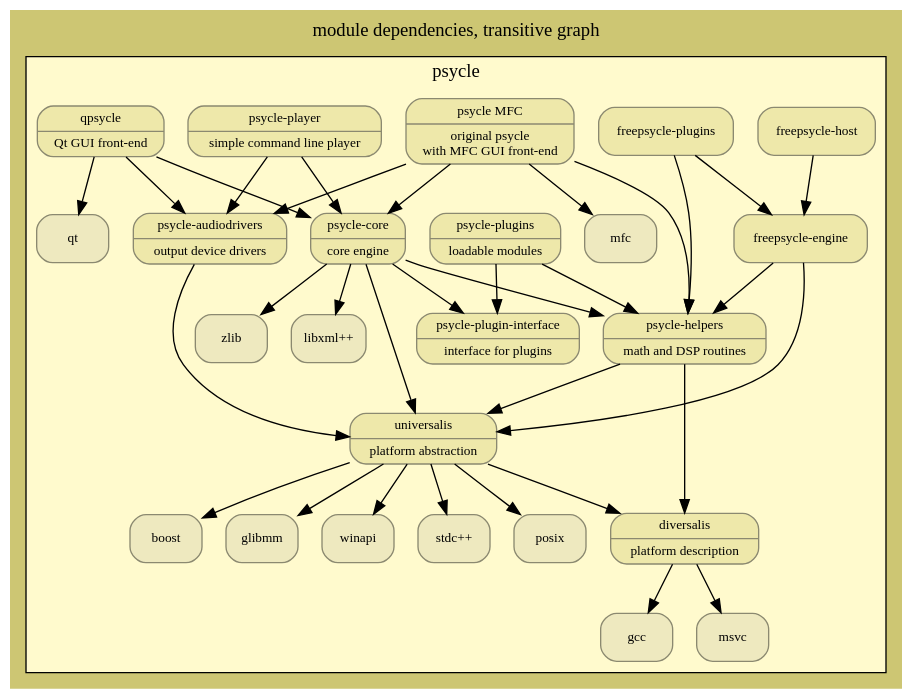
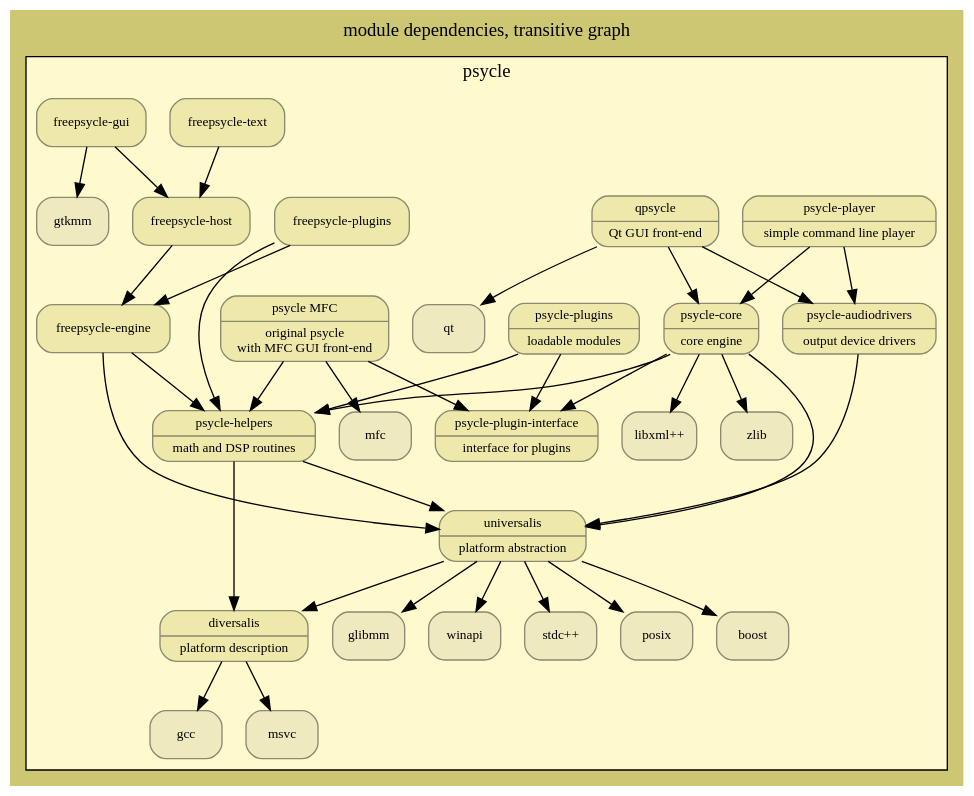
One commit to jpaquim/psycle changed the diagram in dependencies.dot. Above: the diagram before and after it, drawn with Graphviz. The commit also changed 1834 other files, not shown here.

```diff
--- a/dependencies.dot
+++ b/dependencies.dot
@@ -1,145 +1,146 @@
 // generate the .png image file with: dot dependencies.dot -Tpng > dependencies.png
 digraph dependencies {
 	label = "module dependencies, transitive graph"
 	//rankdir = TB
 	//rankdir = LR
 	labelloc = t
 	fontname = verdana
 	fontsize = 14
 	bgcolor = khaki3
 	//concentrate = true // line concentrations
 	ratio = auto
 	node [
 		shape = Mrecord
 		style = rounded
 		color = lemonchiffon4
 		fillcolor = lemonchiffon1
 		fontname = verdana
 		fontsize = 10
 	]
 	
 	subgraph cluster_psycle {
 		label = "psycle"
 		bgcolor = lemonchiffon1
 		
 		node [ style = filled fillcolor = lemonchiffon2 ]
 		"stdc++"// [ label = "{ stdc++ | standard C++ library }" ];
 		//"stdc";
 		"posix";// [ label = "{ POSIX | Portable OS Interface }"];
 		"boost";// [ label = "{ boost | boost libraries }" ];
 		//"libsigc++";// [ label = "{ libsigc++ | signals and slots }" ];
 		"glibmm";// [ label = "{ glibmm | platform abstraction }" ];
 		//"gdkmm" [ label = "{ gdkmm | GUI Drawing Kit }" ];
-		//"gtkmm";// [ label = "{ gtkmm | GUI Tool Kit }" ];
+		"gtkmm";// [ label = "{ gtkmm | GUI Tool Kit }" ];
 		//"cairomm";
 		//"gnomecanvasmm";// [ label = "{ gnomecanvasmm | GNOME's canvas }" ];
 		//"pangomm";
 		//"atkmm";
 		"qt";// [ label = "{ Qt | Trolltech's libraries }"];
 		"libxml++";// [ label = "{ libXML++ | XML parsing }"];
 		"zlib";// [ label = "{ zlib | (de)compression }"];
 		"winapi";// [ label = "{ WinAPI | Microsoft's API }"];
 		"mfc";// [ label = "{ MFC | Microsoft's Foundation Classes }" ];
 		"gcc";// [ label = "{GCC | GNU C++ Compiler }" ];
 		"msvc";// [ label = "{ MSVC | Microsoft's Visual C++ compiler }" ];
 
 		//"boost" -> "stdc++";
 		//"glibmm" -> "stdc++";
 		//"glibmm" -> "glib";
 		//"glib" -> "stdc";
 		//"glibmm" -> "libsigc++";
 		//"gdkmm" -> "glibmm";
 		//"gdkmm" -> "stdc++";
 		//"gdkmm" -> "gdk";
 		//"gdk" -> "stdc";
 		//"gdkmm" -> "cairomm";
 		//"gtkmm" -> "pangomm";
 		//"gtkmm" -> "atkmm";
 		//"gtkmm" -> "gdkmm";
 		//"gtkmm" -> "glibmm";
 		//"gtkmm" -> "stdc++";
 		//"gtkmm" -> "gtk";
 		//"gtk" -> "stdc";
 		//"gnomecanvasmm" -> "gtkmm";
 		//"gnomecanvasmm" -> "stdc++";
 		//"gnomecanvasmm" -> "gnomecanvas";
 		//"gnomecanvas" -> "stdc";
 		//"qt" -> "stdc++";
 		//"libxml++" -> "stdc++";
 		//"zlib" -> "stdc";
 		//"mfc" -> "msvc";
 		
 		node [ style = filled fillcolor = palegoldenrod ]
 
 		"diversalis" [ label = "{ diversalis | platform description }" ];
 		"diversalis" -> "gcc";
 		"diversalis" -> "msvc";
 		
 		"universalis" [ label = "{ universalis | platform abstraction }" ];
 		"universalis" -> "diversalis";
 		"universalis" -> "boost";
 		"universalis" -> "glibmm";
 		"universalis" -> "posix";
 		"universalis" -> "stdc++";
 		"universalis" -> "winapi";
 		
 		"psycle-helpers" [ label = "{ psycle-helpers | math and DSP routines }" ];
 		"psycle-helpers" -> "universalis";
 		"psycle-helpers" -> "diversalis";
 	
 		"psycle-plugin-interface" [label = "{psycle-plugin-interface | interface for plugins }"];
 	
 		"psycle-core" [ label = "{ psycle-core | core engine }" ];
 		"psycle-core" -> "psycle-plugin-interface";
 		"psycle-core" -> "psycle-helpers";
 		"psycle-core" -> "universalis";
 		//"psycle-core" -> "boost";
 		"psycle-core" -> "zlib";
 		"psycle-core" -> "libxml++";
 	
 		"psycle-audiodrivers" [ label = "{ psycle-audiodrivers | output device drivers }"];
 		"psycle-audiodrivers" -> "universalis";
 		//"psycle-audiodrivers" -> "boost";
 	
 		"psycle-player" [ label = "{ psycle-player | simple command line player }"];
 		"psycle-player" -> "psycle-core";
 		"psycle-player" -> "psycle-audiodrivers";
 		//"psycle-player" -> "libxml++";
 	
 		"psycle-plugins" [ label = "{ psycle-plugins | loadable modules }"];
 		"psycle-plugins" -> "psycle-plugin-interface";
 		"psycle-plugins" -> "psycle-helpers";
 
 		"qpsycle" [ label = "{ qpsycle | Qt GUI front-end }" ];
 		"qpsycle" -> "qt";
 		"qpsycle" -> "psycle-core";
 		"qpsycle" -> "psycle-audiodrivers";
 		//"qpsycle" -> "universalis";
 		//"qpsycle" -> "boost";
 
 		"psycle-mfc" [ label = "{ psycle MFC | original psycle\nwith MFC GUI front-end }" ];
 		"psycle-mfc" -> "mfc";
-		"psycle-mfc" -> "psycle-core";
-		"psycle-mfc" -> "psycle-audiodrivers";
+		"psycle-mfc" -> "psycle-plugin-interface";
 		"psycle-mfc" -> "psycle-helpers";
 		//"psycle-mfc" -> "universalis";
 		//"psycle-mfc" -> "boost";
 		
 		"freepsycle-engine" -> "universalis";
 		//"freepsycle-engine" -> "boost";
 		"freepsycle-engine" -> "psycle-helpers";
 		"freepsycle-plugins" -> "freepsycle-engine";
 		//"freepsycle-plugins" -> "universalis";
 		//"freepsycle-plugins" -> "boost";
 		"freepsycle-plugins" -> "psycle-helpers";
 		"freepsycle-host" -> "freepsycle-engine";
+		//"freepsycle-text" -> "freepsycle-engine";
+		"freepsycle-text" -> "freepsycle-host";
 		//"freepsycle-gui" -> "freepsycle-engine";
-		//"freepsycle-gui" -> "freepsycle-host";
+		"freepsycle-gui" -> "freepsycle-host";
 		//"freepsycle-gui" -> "universalis";
 		//"freepsycle-gui" -> "boost" ;
 		//"freepsycle-gui" -> "glibmm";
-		//"freepsycle-gui" -> "gtkmm";
+		"freepsycle-gui" -> "gtkmm";
 		//"freepsycle-gui" -> "gnomecanvasmm";
 		//"freepsycle-gui" -> "libsigc++";
 	}
 }
```
